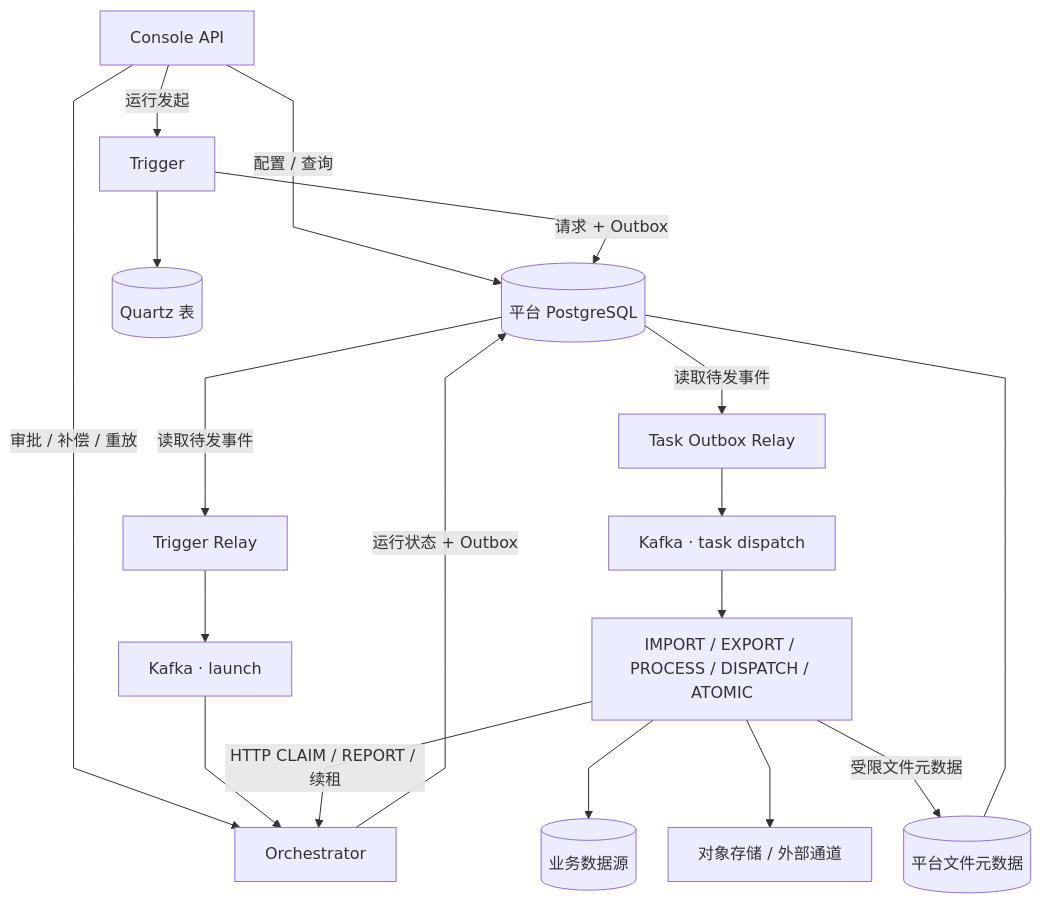
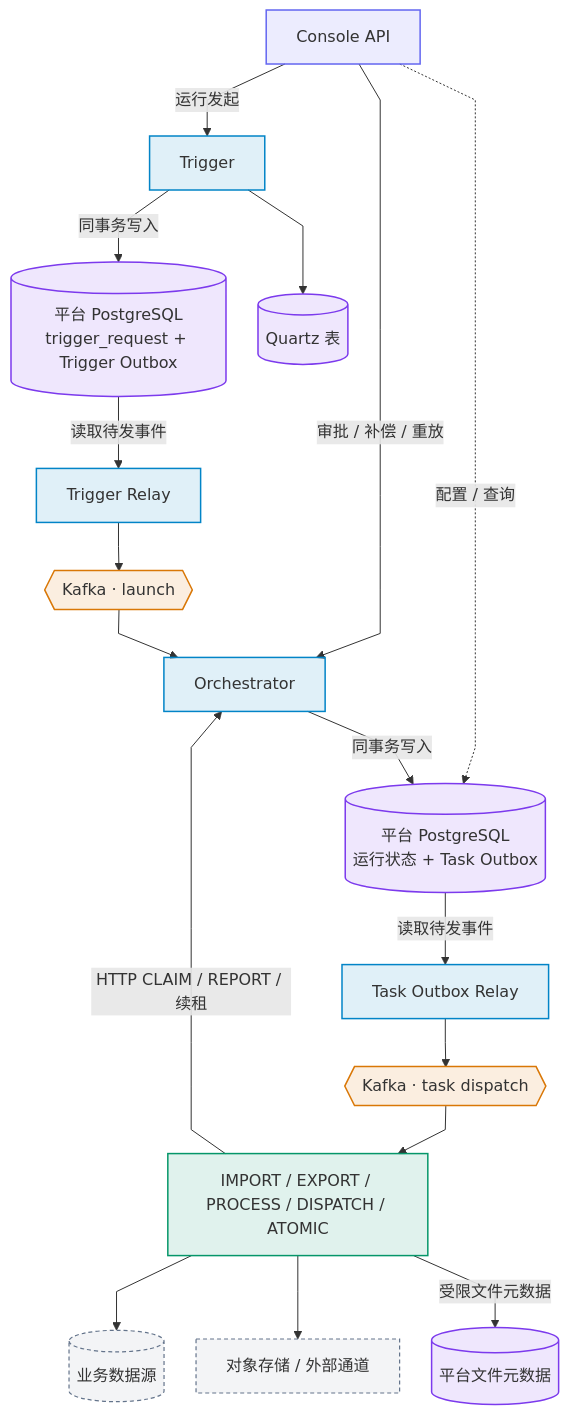
The first of 2 diagrams in docs/architecture/runtime-module-communication.md (pinpols/file-batch-system), drawn with Mermaid before and after one commit. The commit also changed 11 other files, not shown here.

First line of the commit message:
docs(diagram): P2 文档图按图例统一并按源码核对状态机 (#1383)

````diff
--- a/docs/architecture/runtime-module-communication.md
+++ b/docs/architecture/runtime-module-communication.md
@@ -16,18 +16,37 @@
 ```mermaid
 %%{init: {"flowchart":{"curve":"linear","nodeSpacing":32,"rankSpacing":48},"sequence":{"mirrorActors":false}}}%%
 flowchart TB
-  C["Console API"] -->|"运行发起"| T["Trigger"]
-  C -->|"审批 / 补偿 / 重放"| O["Orchestrator"]
-  C -->|"配置 / 查询"| DB[("平台 PostgreSQL")]
-  T -->|"请求 + Outbox"| DB
-  T --> Q[("Quartz 表")]
-  DB -->|"读取待发事件"| TR["Trigger Relay"] --> KL["Kafka · launch"] --> O
-  O -->|"运行状态 + Outbox"| DB
-  DB -->|"读取待发事件"| OR["Task Outbox Relay"] --> KT["Kafka · task dispatch"]
-  KT --> W["IMPORT / EXPORT / PROCESS / DISPATCH / ATOMIC"]
+  C["Console API"]:::entry
+  T["Trigger"]:::control
+  DBT[("平台 PostgreSQL<br/>trigger_request + Trigger Outbox")]:::store
+  Q[("Quartz 表")]:::store
+  TR["Trigger Relay"]:::control
+  KL{{"Kafka · launch"}}:::mq
+  O["Orchestrator"]:::control
+  DBO[("平台 PostgreSQL<br/>运行状态 + Task Outbox")]:::store
+  OR["Task Outbox Relay"]:::control
+  KT{{"Kafka · task dispatch"}}:::mq
+  W["IMPORT / EXPORT / PROCESS / DISPATCH / ATOMIC"]:::worker
+  B[("业务数据源")]:::ext
+  S["对象存储 / 外部通道"]:::ext
+  FM[("平台文件元数据")]:::store
+  C -->|"运行发起"| T
+  C -->|"审批 / 补偿 / 重放"| O
+  C -.->|"配置 / 查询"| DBO
+  T -->|"同事务写入"| DBT
+  T --> Q
+  DBT -->|"读取待发事件"| TR --> KL --> O
+  O -->|"同事务写入"| DBO
+  DBO -->|"读取待发事件"| OR --> KT --> W
   W -->|"HTTP CLAIM / REPORT / 续租"| O
-  W --> B[("业务数据源")]
-  W --> S["对象存储 / 外部通道"]
-  W -->|"受限文件元数据"| FM[("平台文件元数据")]
-  FM --- DB
+  W --> B
+  W --> S
+  W -->|"受限文件元数据"| FM
+  classDef entry fill:#6366f11f,stroke:#6366f1,stroke-width:1.5px
+  classDef control fill:#0284c71f,stroke:#0284c7,stroke-width:1.5px
+  classDef mq fill:#d977061f,stroke:#d97706,stroke-width:1.5px
+  classDef worker fill:#0596691f,stroke:#059669,stroke-width:1.5px
+  classDef store fill:#7c3aed1f,stroke:#7c3aed,stroke-width:1.5px
+  classDef ext fill:#64748b14,stroke:#64748b,stroke-width:1.2px,stroke-dasharray:4 3
+  classDef lib fill:#64748b14,stroke:#64748b,stroke-width:1.2px
 ```
````
